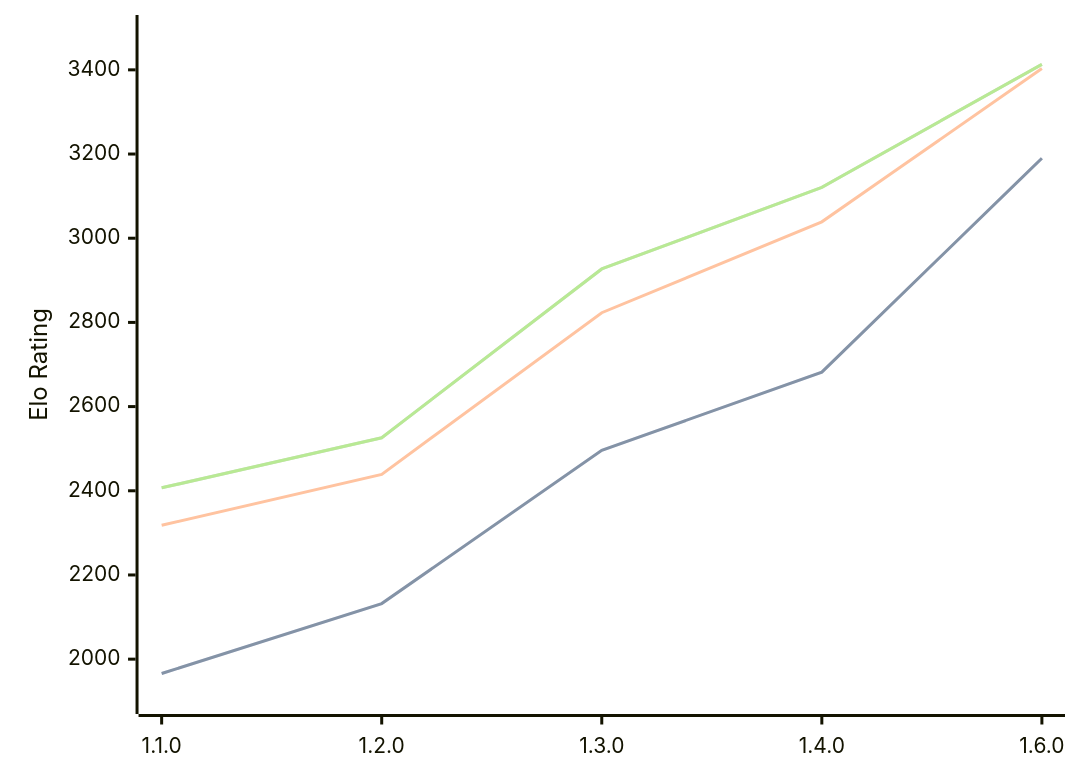
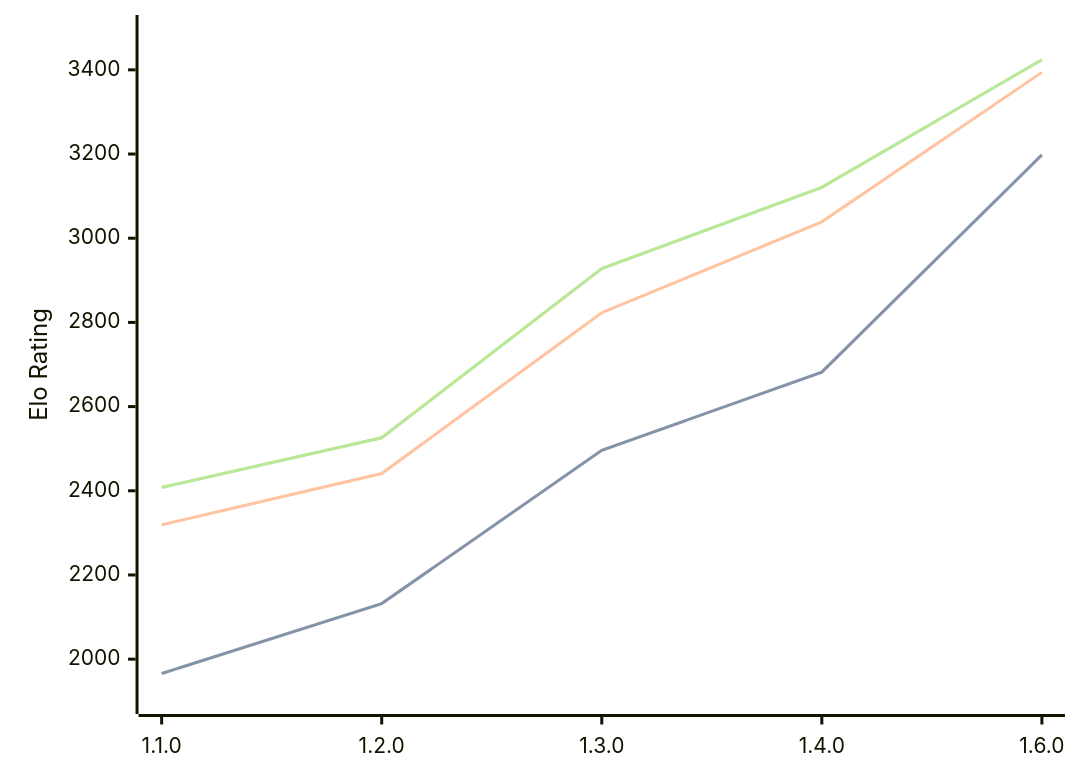
The diagram in engines/Gyatso.md (computer-chess-index/cci), drawn with Mermaid before and after one commit. The commit also changed other lines of this file, not shown here.

Commit message:
Update CCI Ratings (ELO VLTC) - 2026-10-08

````diff
--- a/engines/Gyatso.md
+++ b/engines/Gyatso.md
@@ -37,11 +37,11 @@
 ```mermaid
 %%{init: {"theme":"base","themeVariables":{"seriesColors:['#a3a3a3','#222221','#faa371']}}}%%
 xychart-beta
   x-axis ["1.1.0", "1.2.0", "1.3.0", "1.4.0", "1.6.0"]
   y-axis "Elo Rating" 1900 --> 3500
-  line "" [1966, 2132, 2496, 2682, 3190]
-  line "STC (8.0+0.08s)" [1966, 2132, 2496, 2682, 3190]
-  line "LTC (60.0+0.60s)" [2318, 2439, 2823, 3039, 3403]
-  line "" [2407, 2526, 2927, 3121, 3413]
-  line "VLTC (2m24s+1.12s)" [2407, 2526, 2927, 3121, 3413]
+  line "" [1966, 2132, 2496, 2682, 3198]
+  line "STC (8.0+0.08s)" [1966, 2132, 2496, 2682, 3198]
+  line "LTC (60.0+0.60s)" [2319, 2441, 2823, 3039, 3394]
+  line "" [2408, 2526, 2928, 3121, 3424]
+  line "VLTC (2m24s+1.12s)" [2408, 2526, 2928, 3121, 3424]
 ```
````
